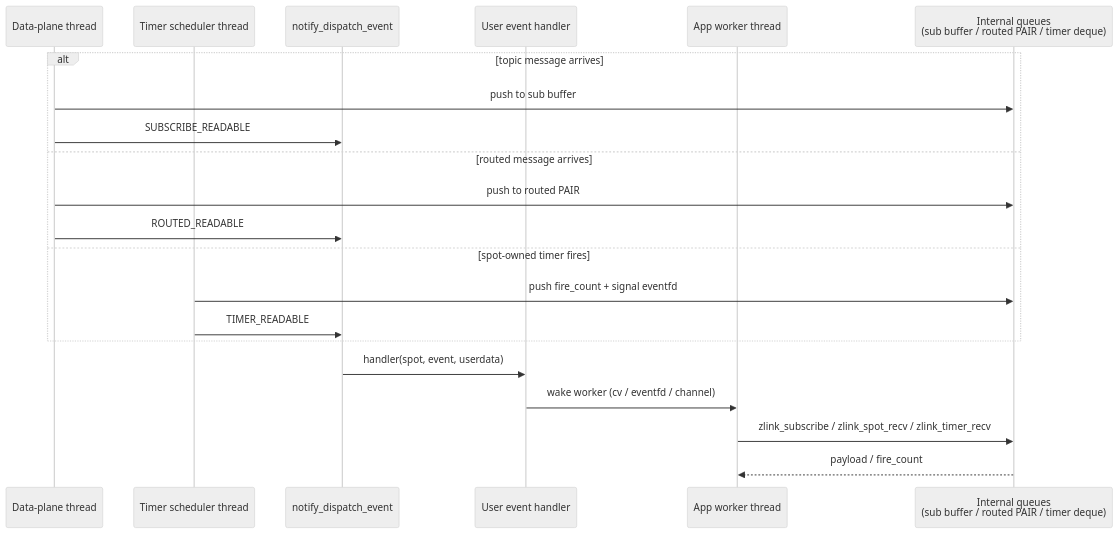
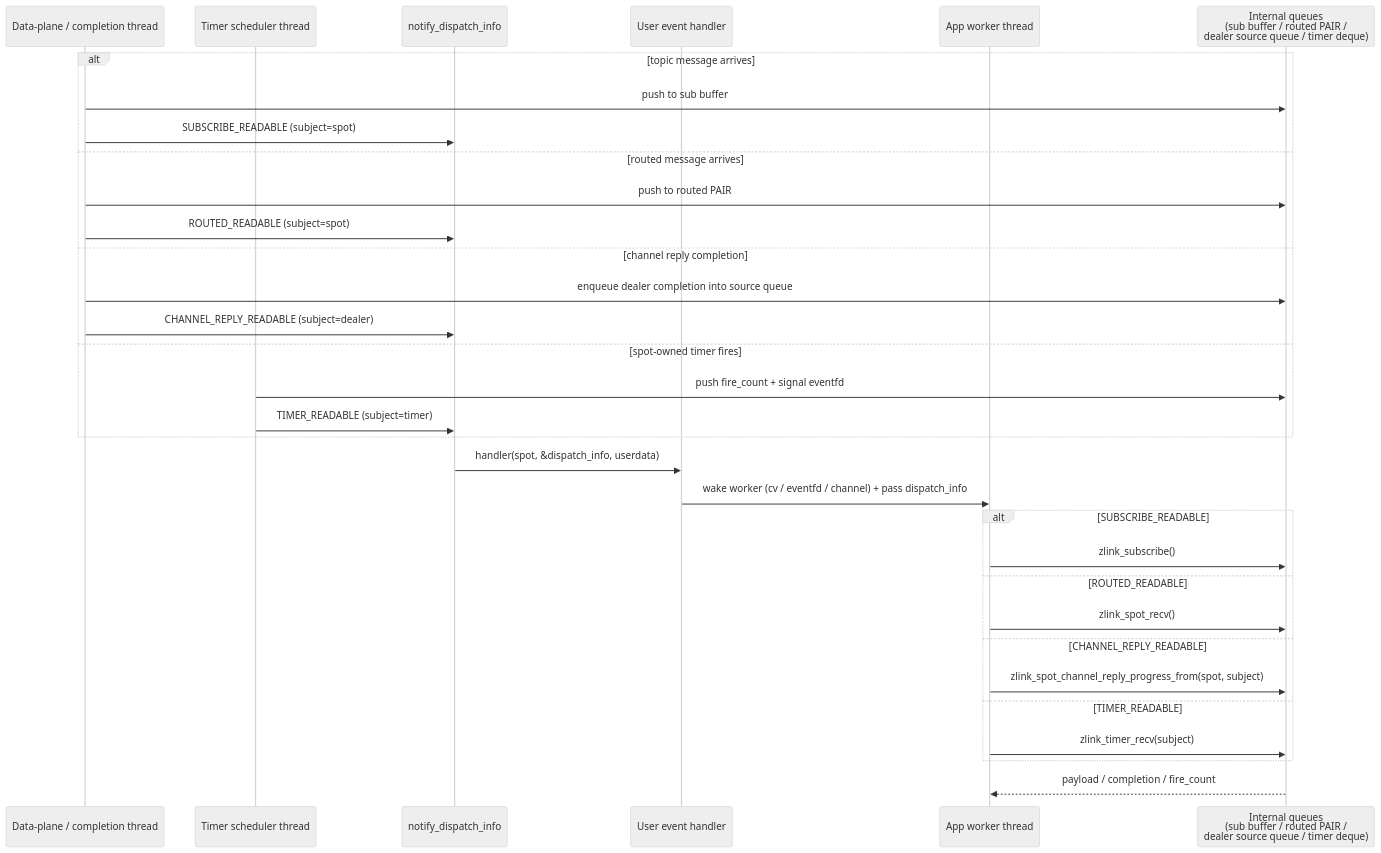
Before and after one commit to kairos-code-dev/zlink: diagram 15 of 15 in doc/internals/spot-internals.md, drawn with Mermaid (neutral theme). The commit also changed other lines of this file and 179 other files, not shown here.

````diff
--- a/doc/internals/spot-internals.md
+++ b/doc/internals/spot-internals.md
@@ -544,24 +562,35 @@
 ```mermaid
 sequenceDiagram
-    participant DP as Data-plane thread
+    participant DP as Data-plane / completion thread
     participant Sched as Timer scheduler thread
-    participant Notify as notify_dispatch_event
+    participant Notify as notify_dispatch_info
     participant UH as User event handler
     participant App as App worker thread
-    participant Q as Internal queues<br/>(sub buffer / routed PAIR / timer deque)
+    participant Q as Internal queues<br/>(sub buffer / routed PAIR /<br/>dealer source queue / timer deque)
 
     alt topic message arrives
         DP->>Q: push to sub buffer
-        DP->>Notify: SUBSCRIBE_READABLE
+        DP->>Notify: SUBSCRIBE_READABLE (subject=spot)
     else routed message arrives
         DP->>Q: push to routed PAIR
-        DP->>Notify: ROUTED_READABLE
+        DP->>Notify: ROUTED_READABLE (subject=spot)
+    else channel reply completion
+        DP->>Q: enqueue dealer completion into source queue
+        DP->>Notify: CHANNEL_REPLY_READABLE (subject=dealer)
     else spot-owned timer fires
         Sched->>Q: push fire_count + signal eventfd
-        Sched->>Notify: TIMER_READABLE
+        Sched->>Notify: TIMER_READABLE (subject=timer)
     end
-    Notify->>UH: handler(spot, event, userdata)
-    UH->>App: wake worker (cv / eventfd / channel)
-    App->>Q: zlink_subscribe / zlink_spot_recv / zlink_timer_recv
-    Q-->>App: payload / fire_count
+    Notify->>UH: handler(spot, &dispatch_info, userdata)
+    UH->>App: wake worker (cv / eventfd / channel) + pass dispatch_info
+    alt SUBSCRIBE_READABLE
+        App->>Q: zlink_subscribe()
+    else ROUTED_READABLE
+        App->>Q: zlink_spot_recv()
+    else CHANNEL_REPLY_READABLE
+        App->>Q: zlink_spot_channel_reply_progress_from(spot, subject)
+    else TIMER_READABLE
+        App->>Q: zlink_timer_recv(subject)
+    end
+    Q-->>App: payload / completion / fire_count
 ```
````
